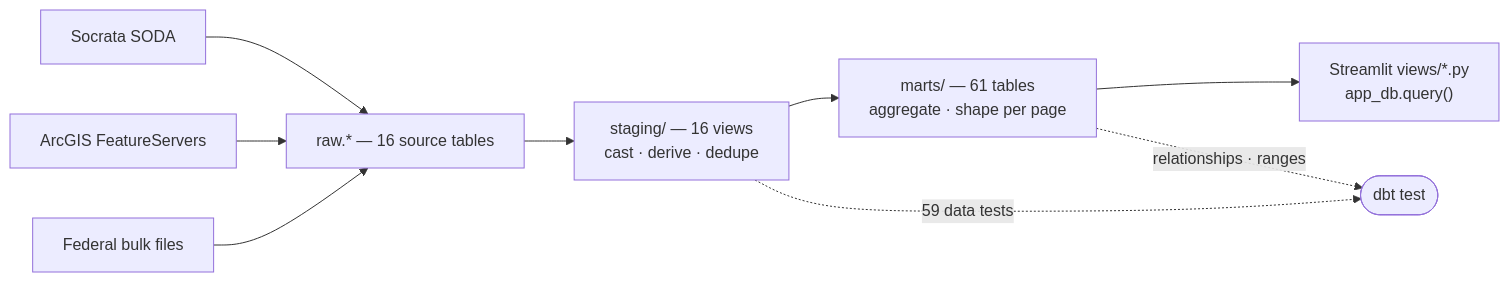
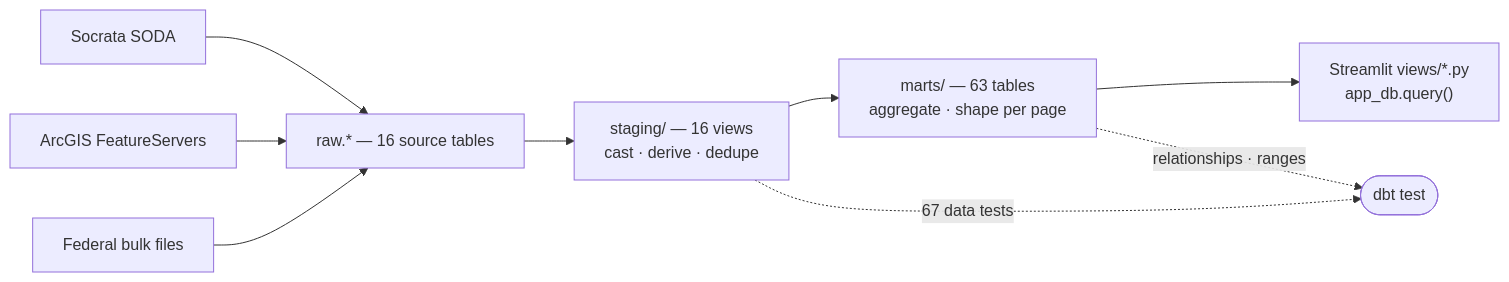
One commit to EvanWAppel/robbins changed the diagram in README.md. Above: the diagram before and after it, drawn with Mermaid. The commit also changed other lines of this file and 8 other files, not shown here.

First line of the commit message:
Add incremental time-series marts + a data-freshness surface

````diff
--- a/README.md
+++ b/README.md
@@ -69,11 +69,11 @@
 ```mermaid
 flowchart LR
     S["Socrata SODA"] --> RAW
     A["ArcGIS FeatureServers"] --> RAW
     F["Federal bulk files"] --> RAW
     RAW["raw.* — 16 source tables"] --> STG["staging/ — 16 views<br/>cast · derive · dedupe"]
-    STG --> MRT["marts/ — 61 tables<br/>aggregate · shape per page"]
+    STG --> MRT["marts/ — 63 tables<br/>aggregate · shape per page"]
     MRT --> APP["Streamlit views/*.py<br/>app_db.query()"]
-    STG -. 59 data tests .-> TST(["dbt test"])
+    STG -. 67 data tests .-> TST(["dbt test"])
     MRT -. relationships · ranges .-> TST
 ```
````
